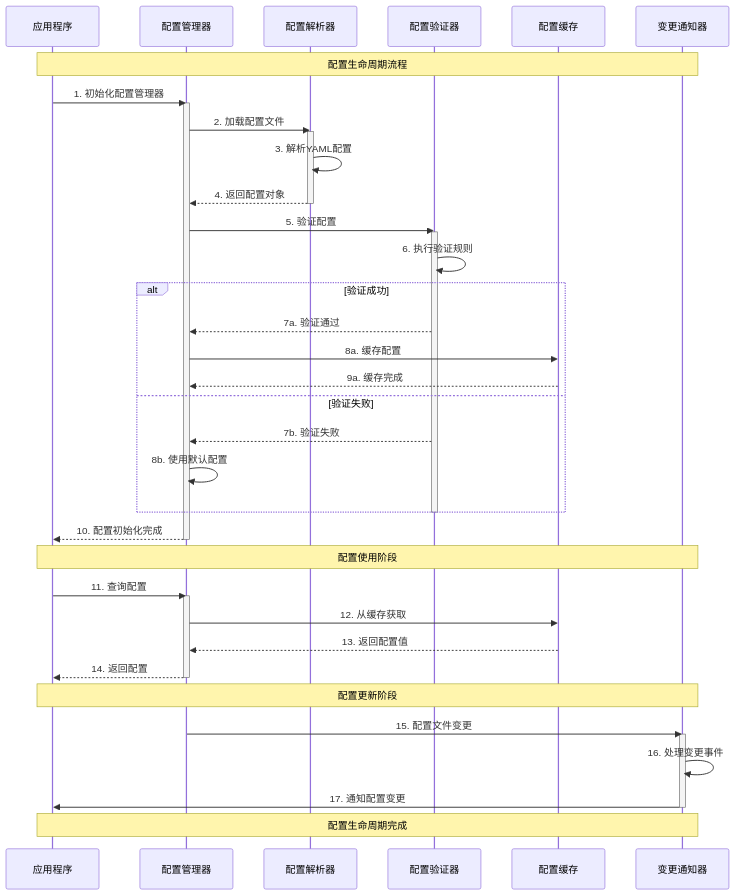
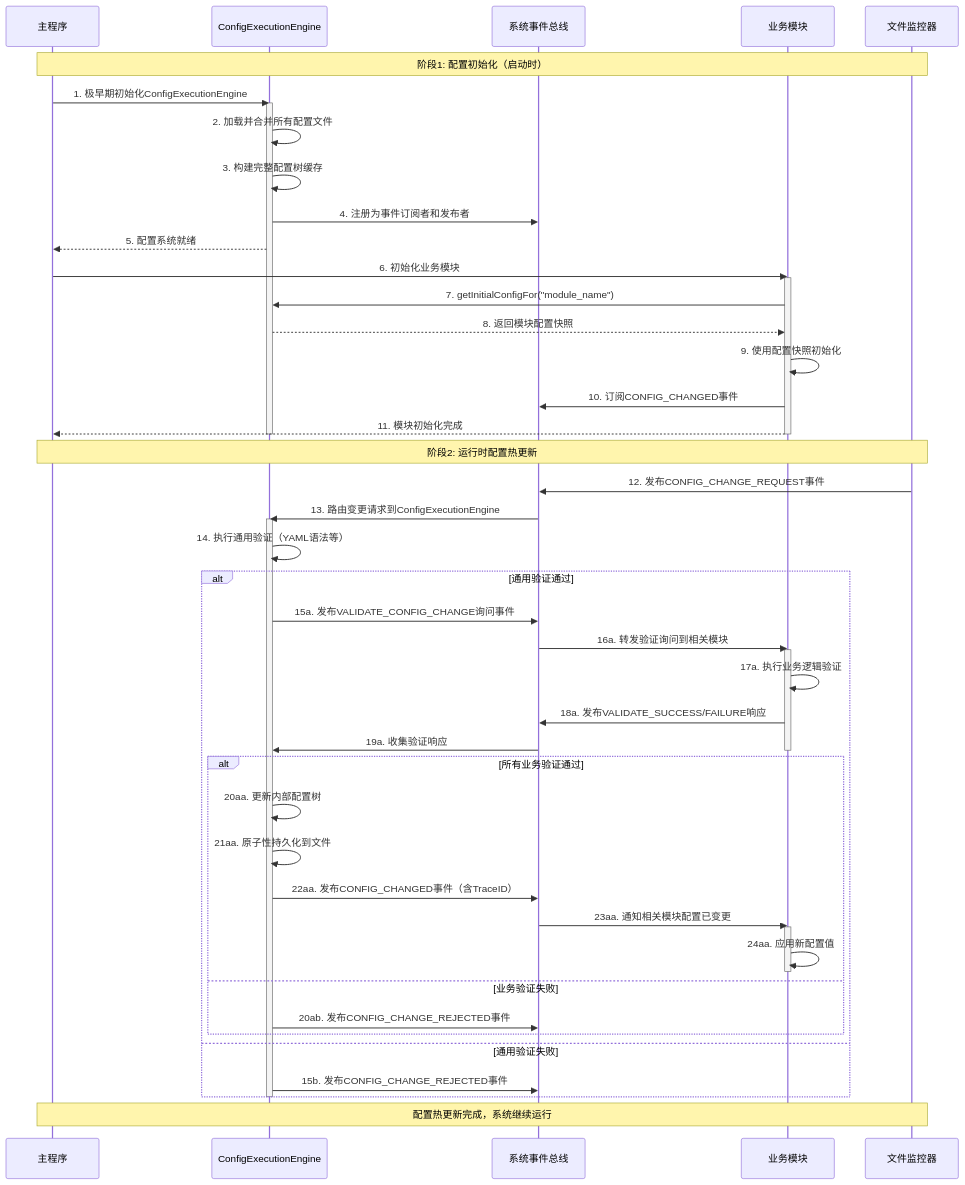
Before and after one commit to wendizhou99-cell/Radar: the fourth of 14 diagrams in docs/01_项目设计/02_模块设计/06_配置管理模块设计.md, drawn with Mermaid. The commit also changed other lines of this file and 22 other files, not shown here.

````diff
--- a/docs/01_项目设计/02_模块设计/06_配置管理模块设计.md
+++ b/docs/01_项目设计/02_模块设计/06_配置管理模块设计.md
@@ -259,54 +318,61 @@
 ```mermaid
 sequenceDiagram
-    participant App as 应用程序
-    participant ConfigMgr as 配置管理器
-    participant Parser as 配置解析器
-    participant Validator as 配置验证器
-    participant Cache as 配置缓存
-    participant Notifier as 变更通知器
+    participant Main as 主程序
+    participant ConfigEngine as ConfigExecutionEngine
+    participant EventBus as 系统事件总线
+    participant Module as 业务模块
+    participant FileWatcher as 文件监控器
 
-    Note over App,Notifier: 配置生命周期流程
+    Note over Main,FileWatcher: 阶段1: 配置初始化（启动时）
 
-    App->>ConfigMgr: 1. 初始化配置管理器
-    activate ConfigMgr
-    ConfigMgr->>Parser: 2. 加载配置文件
-    activate Parser
-    Parser->>Parser: 3. 解析YAML配置
-    Parser-->>ConfigMgr: 4. 返回配置对象
-    deactivate Parser
+    Main->>ConfigEngine: 1. 极早期初始化ConfigExecutionEngine
+    activate ConfigEngine
+    ConfigEngine->>ConfigEngine: 2. 加载并合并所有配置文件
+    ConfigEngine->>ConfigEngine: 3. 构建完整配置树缓存
+    ConfigEngine->>EventBus: 4. 注册为事件订阅者和发布者
+    ConfigEngine-->>Main: 5. 配置系统就绪
 
-    ConfigMgr->>Validator: 5. 验证配置
-    activate Validator
-    Validator->>Validator: 6. 执行验证规则
-    alt 验证成功
-        Validator-->>ConfigMgr: 7a. 验证通过
-        ConfigMgr->>Cache: 8a. 缓存配置
-        Cache-->>ConfigMgr: 9a. 缓存完成
-    else 验证失败
-        Validator-->>ConfigMgr: 7b. 验证失败
-        ConfigMgr->>ConfigMgr: 8b. 使用默认配置
+    Main->>Module: 6. 初始化业务模块
+    activate Module
+    Module->>ConfigEngine: 7. getInitialConfigFor("module_name")
+    ConfigEngine-->>Module: 8. 返回模块配置快照
+    Module->>Module: 9. 使用配置快照初始化
+    Module->>EventBus: 10. 订阅CONFIG_CHANGED事件
+    Module-->>Main: 11. 模块初始化完成
+    deactivate Module
+    deactivate ConfigEngine
+
+    Note over Main,FileWatcher: 阶段2: 运行时配置热更新
+
+    FileWatcher->>EventBus: 12. 发布CONFIG_CHANGE_REQUEST事件
+    EventBus->>ConfigEngine: 13. 路由变更请求到ConfigExecutionEngine
+    activate ConfigEngine
+
+    ConfigEngine->>ConfigEngine: 14. 执行通用验证（YAML语法等）
+    alt 通用验证通过
+        ConfigEngine->>EventBus: 15a. 发布VALIDATE_CONFIG_CHANGE询问事件
+        EventBus->>Module: 16a. 转发验证询问到相关模块
+        activate Module
+        Module->>Module: 17a. 执行业务逻辑验证
+        Module->>EventBus: 18a. 发布VALIDATE_SUCCESS/FAILURE响应
+        EventBus->>ConfigEngine: 19a. 收集验证响应
+        deactivate Module
+
+        alt 所有业务验证通过
+            ConfigEngine->>ConfigEngine: 20aa. 更新内部配置树
+            ConfigEngine->>ConfigEngine: 21aa. 原子性持久化到文件
+            ConfigEngine->>EventBus: 22aa. 发布CONFIG_CHANGED事件（含TraceID）
+            EventBus->>Module: 23aa. 通知相关模块配置已变更
+            activate Module
+            Module->>Module: 24aa. 应用新配置值
+            deactivate Module
+        else 业务验证失败
+            ConfigEngine->>EventBus: 20ab. 发布CONFIG_CHANGE_REJECTED事件
+        end
+    else 通用验证失败
+        ConfigEngine->>EventBus: 15b. 发布CONFIG_CHANGE_REJECTED事件
     end
-    deactivate Validator
+    deactivate ConfigEngine
 
-    ConfigMgr-->>App: 10. 配置初始化完成
-    deactivate ConfigMgr
-
-    Note over App,Notifier: 配置使用阶段
-
-    App->>ConfigMgr: 11. 查询配置
-    activate ConfigMgr
-    ConfigMgr->>Cache: 12. 从缓存获取
-    Cache-->>ConfigMgr: 13. 返回配置值
-    ConfigMgr-->>App: 14. 返回配置
-    deactivate ConfigMgr
-
-    Note over App,Notifier: 配置更新阶段
-
-    ConfigMgr->>Notifier: 15. 配置文件变更
-    activate Notifier
-    Notifier->>Notifier: 16. 处理变更事件
-    Notifier->>App: 17. 通知配置变更
-    deactivate Notifier
-
-    Note over App,Notifier: 配置生命周期完成
+    Note over Main,FileWatcher: 配置热更新完成，系统继续运行
 ```
````
